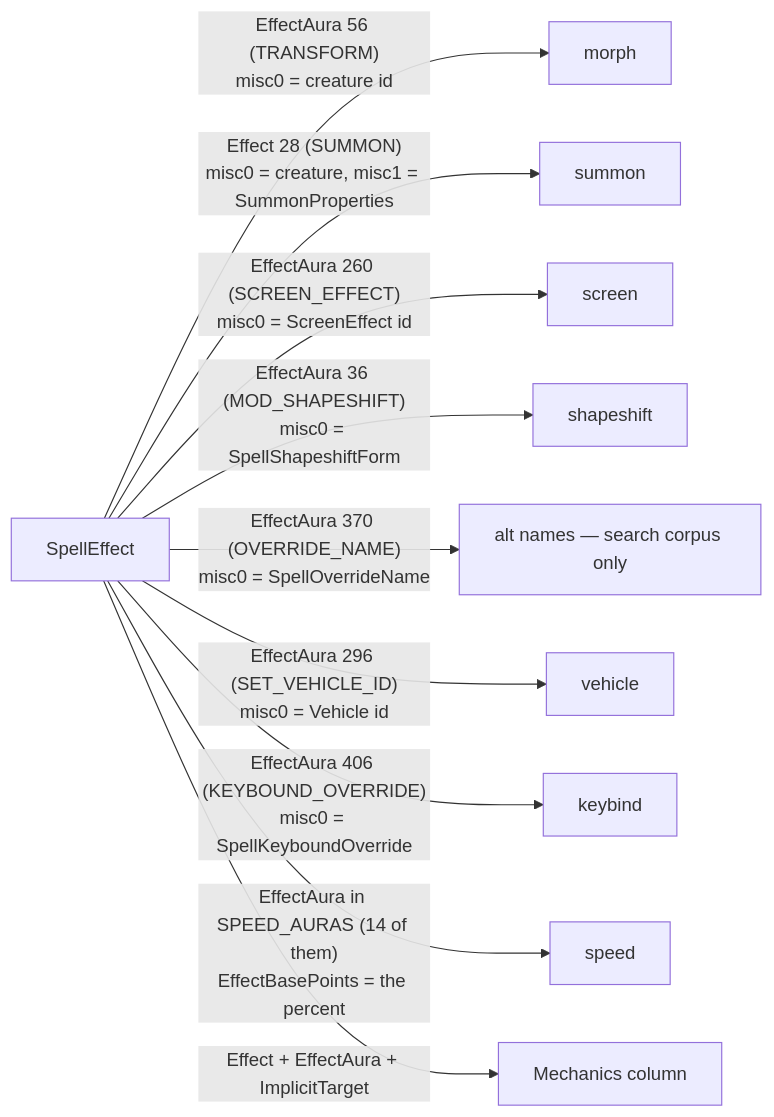
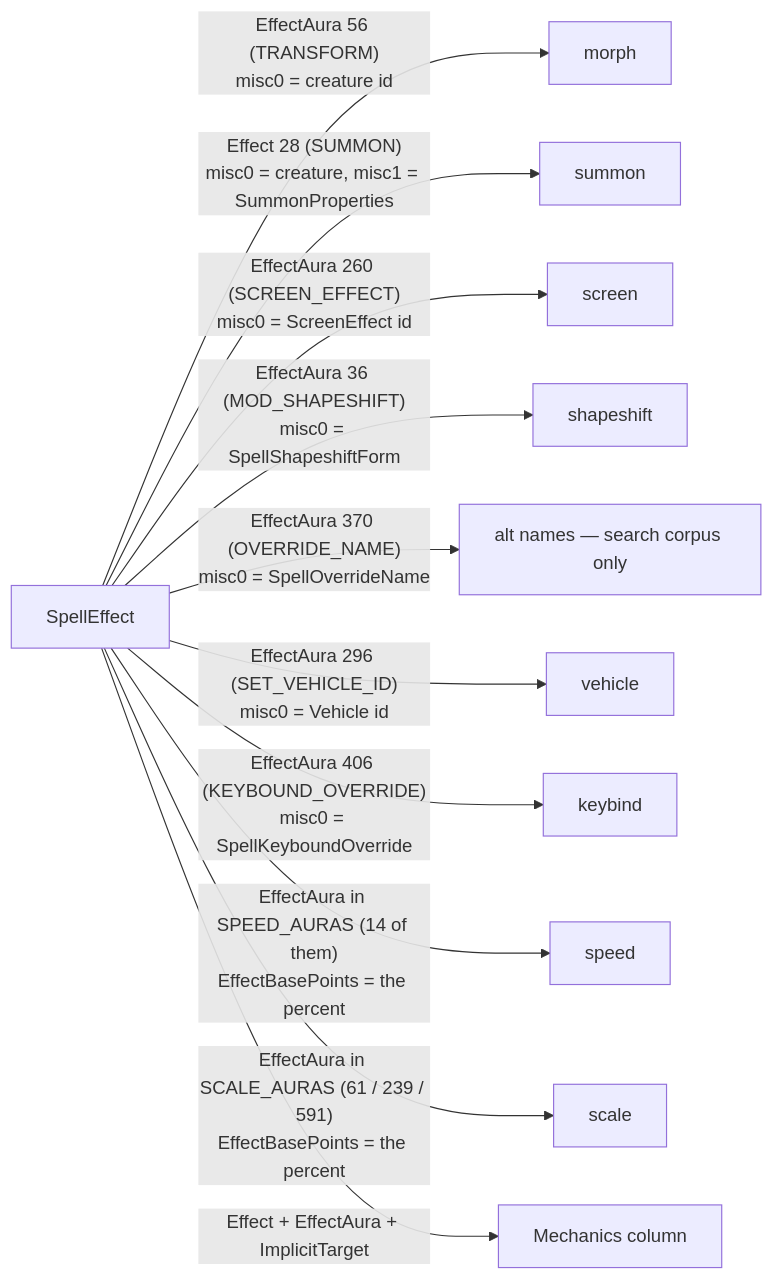
The eighth of 16 diagrams in DATA_ROUTES.md (Natans8/Epsilook), drawn with Mermaid before and after one commit. The commit also changed other lines of this file, not shown here.

First line of the commit message:
Document the object-scale route and refresh the version tables

````diff
--- a/DATA_ROUTES.md
+++ b/DATA_ROUTES.md
@@ -433,13 +433,14 @@
 ```mermaid
 flowchart LR
   SE["SpellEffect"]
   SE -->|" EffectAura 56 (TRANSFORM)<br/>misc0 = creature id "| MO["morph"]
   SE -->|" Effect 28 (SUMMON)<br/>misc0 = creature, misc1 = SummonProperties "| SU["summon"]
   SE -->|" EffectAura 260 (SCREEN_EFFECT)<br/>misc0 = ScreenEffect id "| SC["screen"]
   SE -->|" EffectAura 36 (MOD_SHAPESHIFT)<br/>misc0 = SpellShapeshiftForm "| SS["shapeshift"]
   SE -->|" EffectAura 370 (OVERRIDE_NAME)<br/>misc0 = SpellOverrideName "| ON["alt names — search corpus only"]
   SE -->|" EffectAura 296 (SET_VEHICLE_ID)<br/>misc0 = Vehicle id "| VE["vehicle"]
   SE -->|" EffectAura 406 (KEYBOUND_OVERRIDE)<br/>misc0 = SpellKeyboundOverride "| KB["keybind"]
   SE -->|" EffectAura in SPEED_AURAS (14 of them)<br/>EffectBasePoints = the percent "| SP["speed"]
+  SE -->|" EffectAura in SCALE_AURAS (61 / 239 / 591)<br/>EffectBasePoints = the percent "| SZ["scale"]
   SE -->|" Effect + EffectAura + ImplicitTarget "| ME["Mechanics column"]
 ```
````
